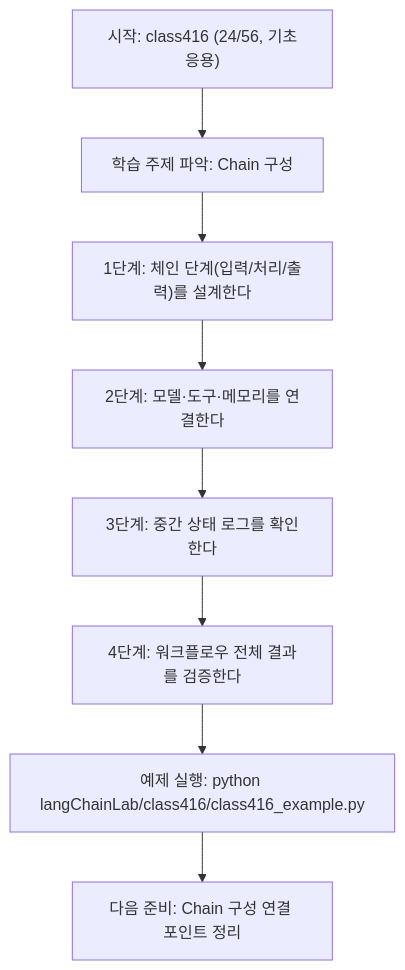
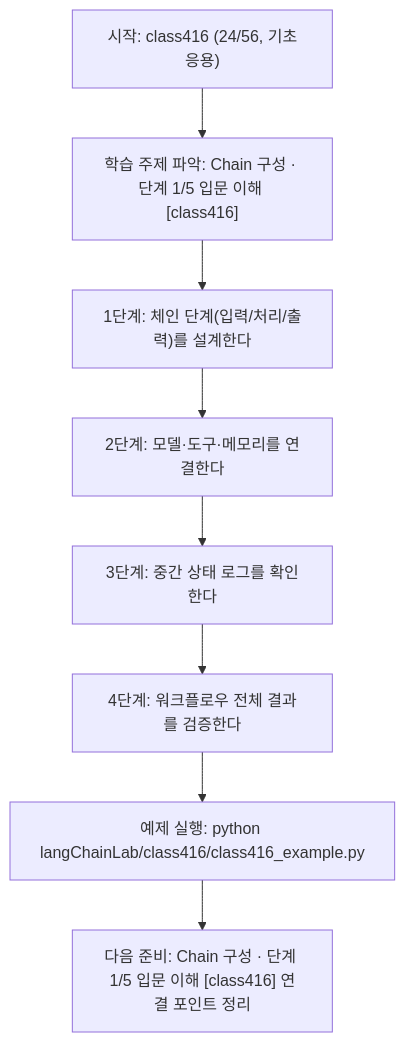
The diagram in langChainLab/class416/class416.md (edumgt/Python-AI_Agent-Class), drawn with Mermaid before and after one commit. The commit also changed other lines of this file and 522 other files, not shown here.

````diff
--- a/langChainLab/class416/class416.md
+++ b/langChainLab/class416/class416.md
@@ -108,18 +109,18 @@
 ```mermaid
 flowchart TD
 N1["시작: class416 (24/56, 기초응용)"]
-N2["학습 주제 파악: Chain 구성"]
+N2["학습 주제 파악: Chain 구성 · 단계 1/5 입문 이해 [class416]"]
 N3["1단계: 체인 단계(입력/처리/출력)를 설계한다"]
 N4["2단계: 모델·도구·메모리를 연결한다"]
 N5["3단계: 중간 상태 로그를 확인한다"]
 N6["4단계: 워크플로우 전체 결과를 검증한다"]
 N7["예제 실행: python langChainLab/class416/class416_example.py"]
-N8["다음 준비: Chain 구성 연결 포인트 정리"]
+N8["다음 준비: Chain 구성 · 단계 1/5 입문 이해 [class416] 연결 포인트 정리"]
 N1 --> N2
 N2 --> N3
 N3 --> N4
 N4 --> N5
 N5 --> N6
 N6 --> N7
 N7 --> N8
 ```
````
